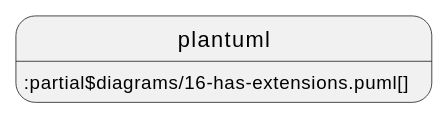
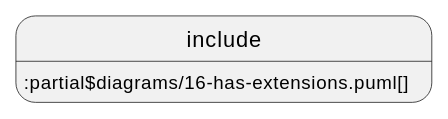
The third of 9 diagrams in documentation/IDTA-01001/modules/ROOT/pages/spec-metamodel/common.adoc (acplt/aas-specs), drawn with PlantUML before and after one commit. The commit also changed other lines of this file and 14 other files, not shown here.

First line of the commit message:
Revert "Use plantuml instead of include and test ./"

```diff
--- a/documentation/IDTA-01001/modules/ROOT/pages/spec-metamodel/common.adoc
+++ b/documentation/IDTA-01001/modules/ROOT/pages/spec-metamodel/common.adoc
@@ -175,4 +175,4 @@
 [plantuml, 16-has-extensions, svg]
 ....
-plantuml::partial$diagrams/16-has-extensions.puml[]
+include::partial$diagrams/16-has-extensions.puml[]
 ....
```
